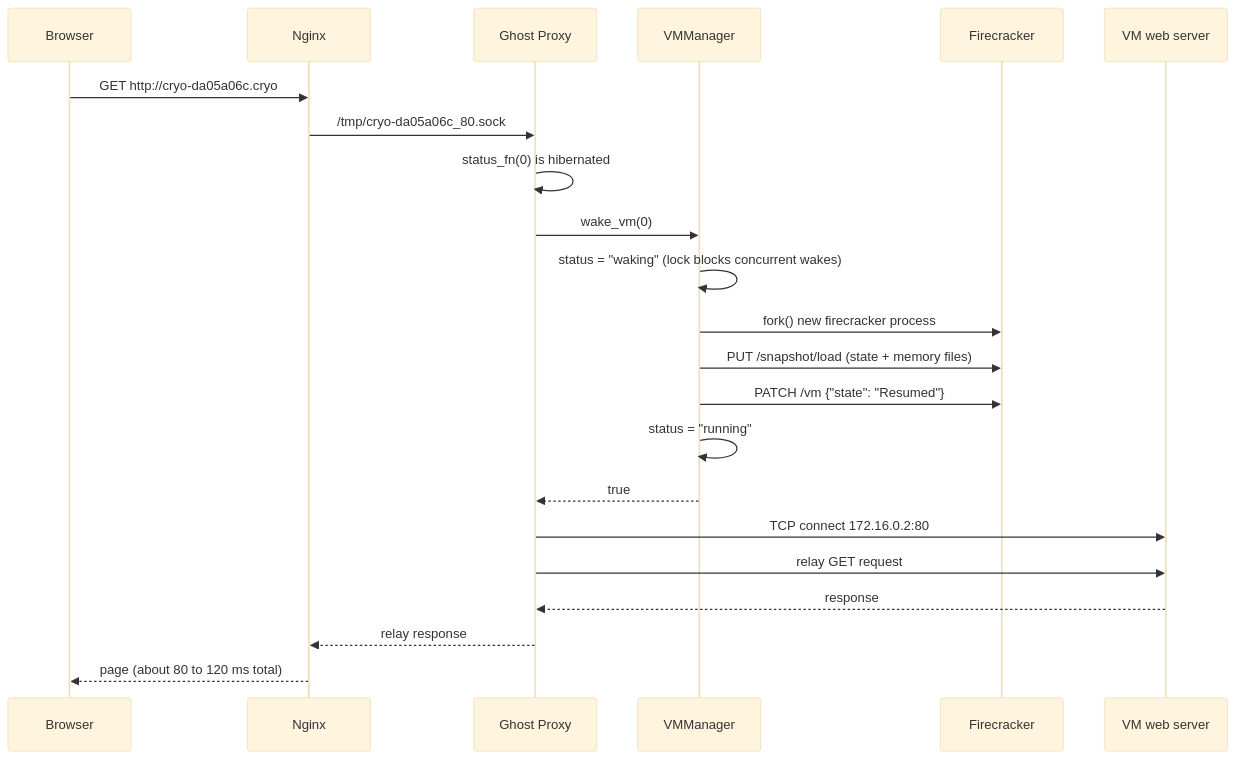
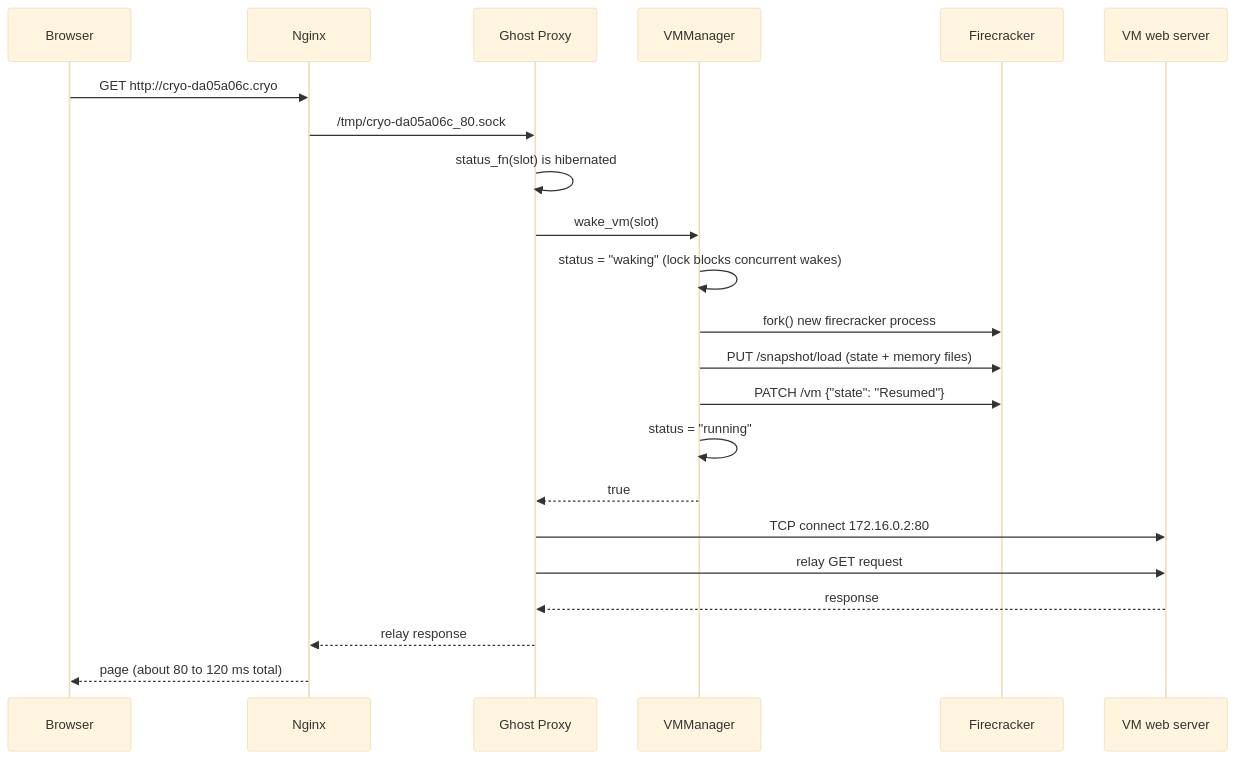
Before and after one commit to NirjharDebnath/CryoSpawn: the second of 2 diagrams in DESIGN.md, drawn with Mermaid (base theme). The commit also changed other lines of this file and 9 other files, not shown here.

````diff
--- a/DESIGN.md
+++ b/DESIGN.md
@@ -382,25 +418,25 @@
 ```mermaid
 sequenceDiagram
     participant B as Browser
     participant N as Nginx
     participant P as Ghost Proxy
     participant M as VMManager
     participant F as Firecracker
     participant V as VM web server
 
     B->>N: GET http://cryo-da05a06c.cryo
     N->>P: /tmp/cryo-da05a06c_80.sock
-    P->>P: status_fn(0) is hibernated
-    P->>M: wake_vm(0)
+    P->>P: status_fn(slot) is hibernated
+    P->>M: wake_vm(slot)
     M->>M: status = "waking" (lock blocks concurrent wakes)
     M->>F: fork() new firecracker process
     M->>F: PUT /snapshot/load (state + memory files)
     M->>F: PATCH /vm {"state": "Resumed"}
     M->>M: status = "running"
     M-->>P: true
     P->>V: TCP connect 172.16.0.2:80
     P->>V: relay GET request
     V-->>P: response
     P-->>N: relay response
     N-->>B: page (about 80 to 120 ms total)
 ```
````
